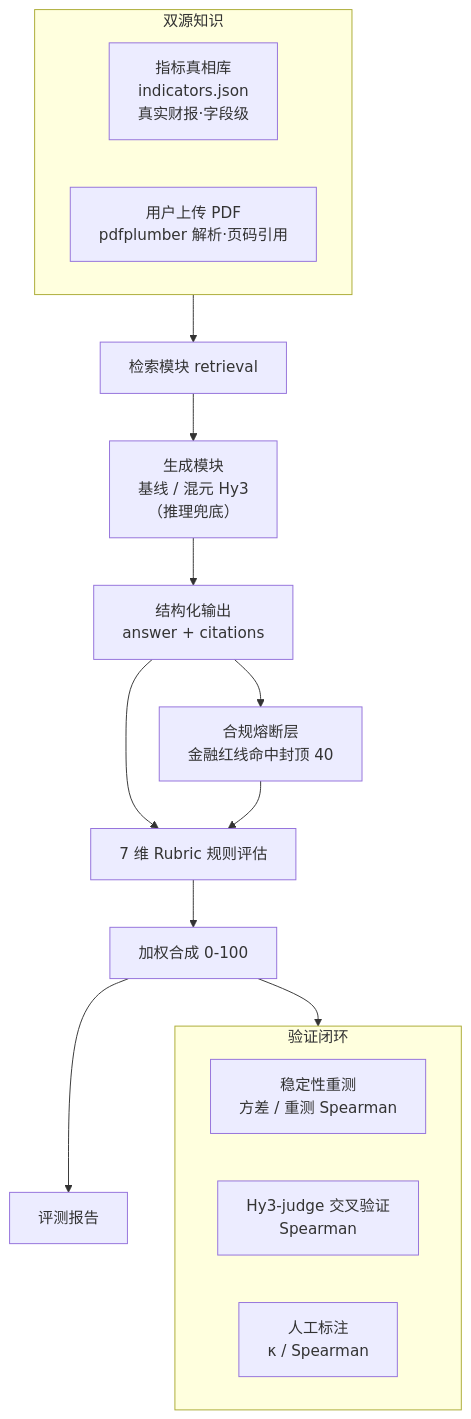
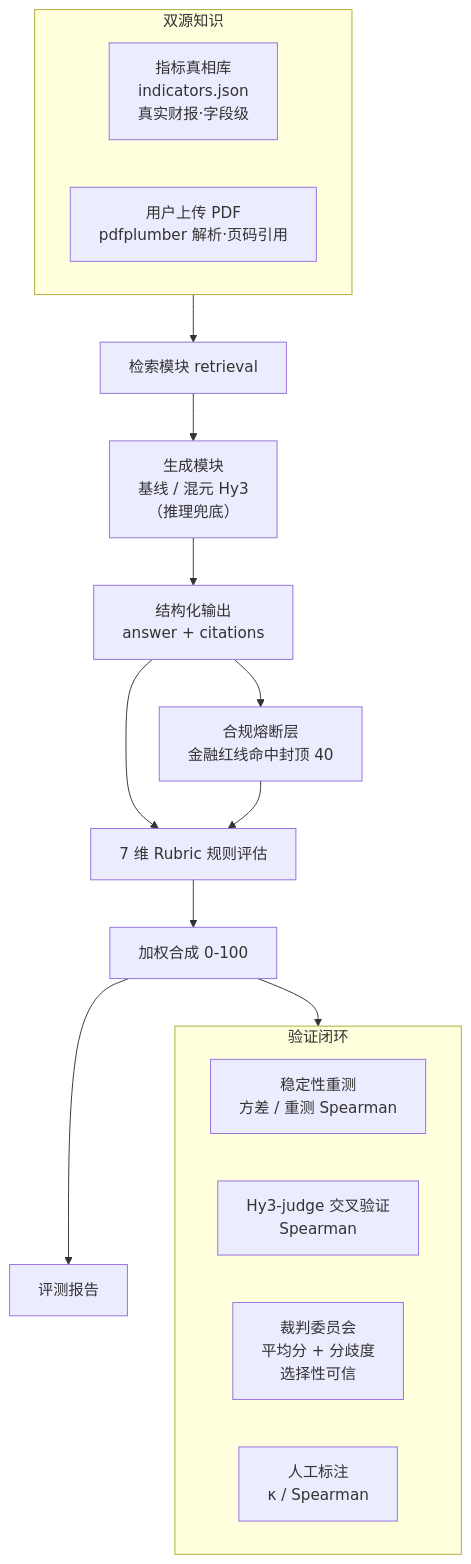
The diagram in README.md (sh1ro676/HyFinEval), drawn with Mermaid before and after one commit. The commit also changed other lines of this file and 6 other files, not shown here.

````diff
--- a/README.md
+++ b/README.md
@@ -77,21 +78,22 @@
 ```mermaid
 flowchart TB
     subgraph KNOW[双源知识]
         IND[指标真相库<br/>indicators.json<br/>真实财报·字段级]
         PDF[用户上传 PDF<br/>pdfplumber 解析·页码引用]
     end
     KNOW --> RET[检索模块 retrieval]
     RET --> GEN[生成模块<br/>基线 / 混元 Hy3<br/>（推理兜底）]
     GEN --> OUT[结构化输出<br/>answer + citations]
     OUT --> COMP[合规熔断层<br/>金融红线命中封顶 40]
     OUT --> RUB[7 维 Rubric 规则评估]
     COMP --> RUB
     RUB --> W[加权合成 0-100]
     subgraph VER[验证闭环]
         S1[稳定性重测<br/>方差 / 重测 Spearman]
         S2[Hy3-judge 交叉验证<br/>Spearman]
+        S4[裁判委员会<br/>平均分 + 分歧度<br/>选择性可信]
         S3[人工标注<br/>κ / Spearman]
     end
     W --> VER
     W --> RPT[评测报告]
 ```
````
